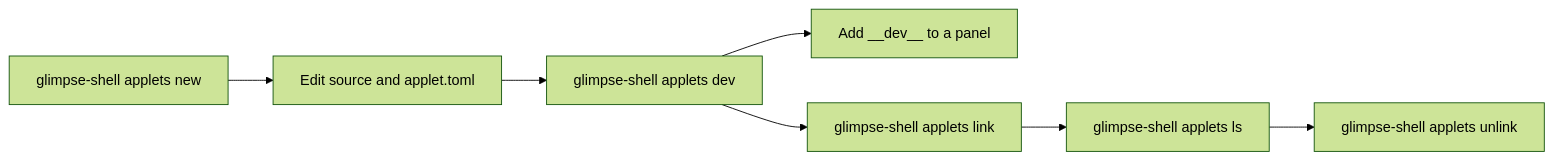
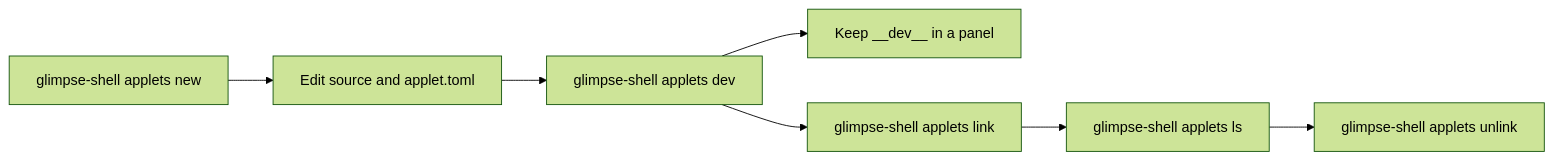
The diagram in docs/custom-applets/tooling.md (alex-oleshkevich/glimpse), drawn with Mermaid (forest theme) before and after one commit. The commit also changed 19 other files, not shown here.

````diff
--- a/docs/custom-applets/tooling.md
+++ b/docs/custom-applets/tooling.md
@@ -15,9 +15,9 @@
 ```mermaid
 flowchart LR
     New["glimpse-shell applets new"] --> Edit["Edit source and applet.toml"]
     Edit --> Dev["glimpse-shell applets dev"]
-    Dev --> Panel["Add __dev__ to a panel"]
+    Dev --> Panel["Keep __dev__ in a panel"]
     Dev --> Link["glimpse-shell applets link"]
     Link --> List["glimpse-shell applets ls"]
     List --> Remove["glimpse-shell applets unlink"]
 ```
````
